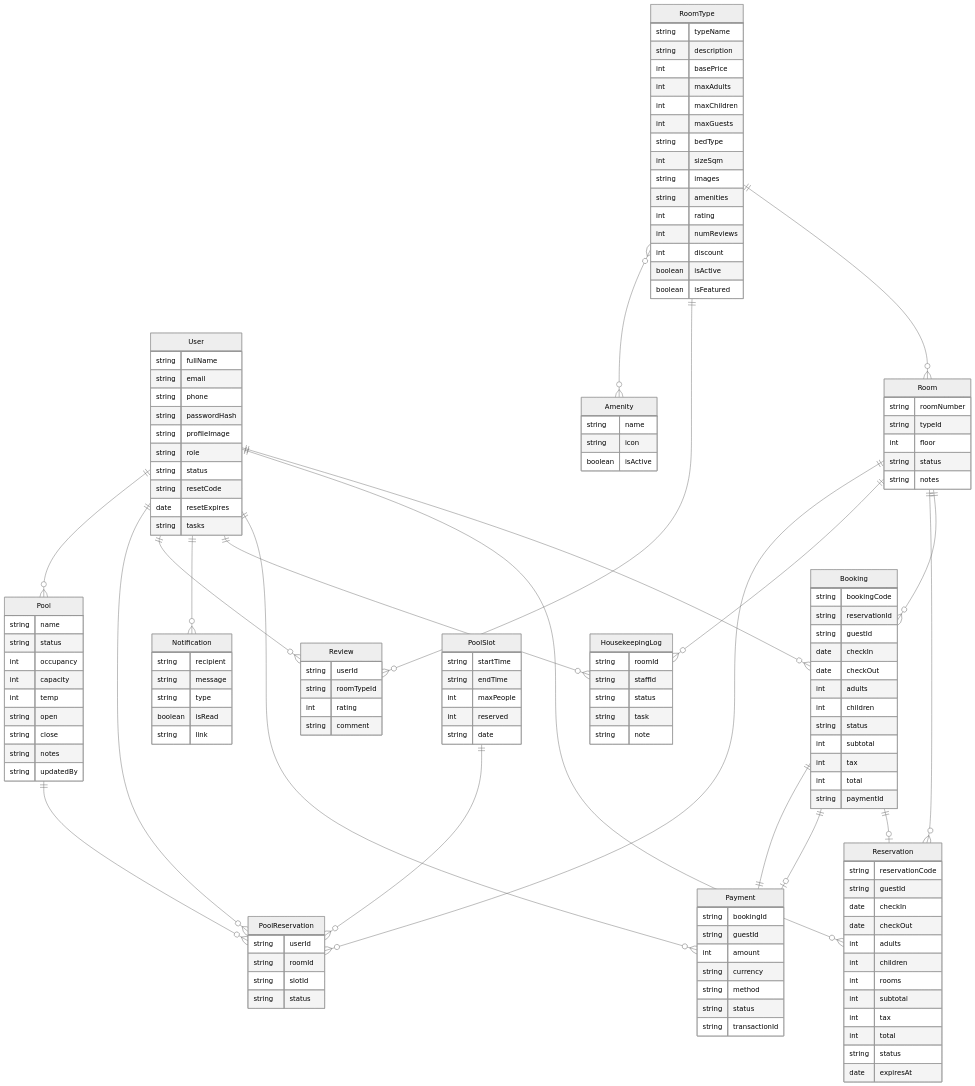
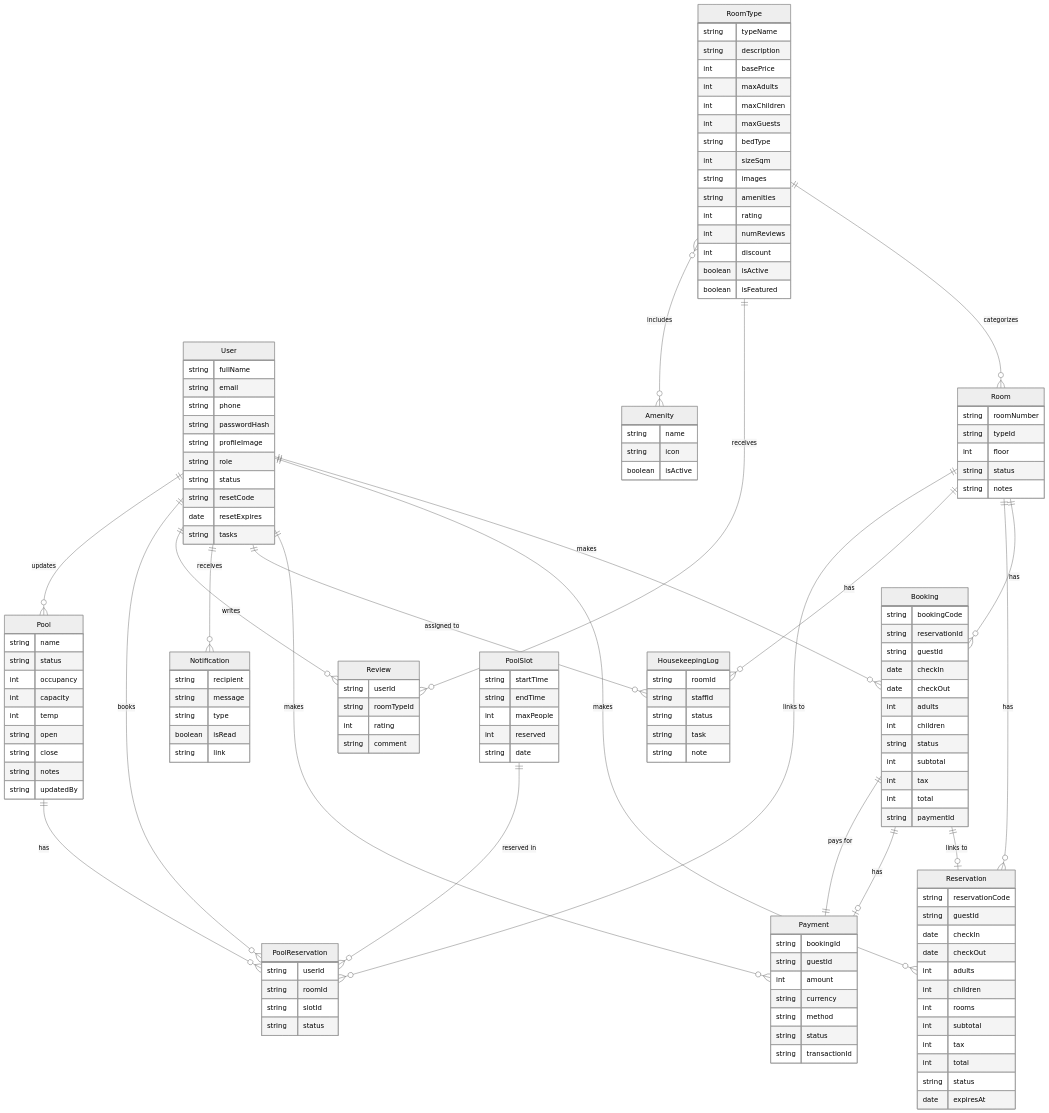
One commit to yumi-2003/Hotel-Management-system changed the diagram in ERD_Code.mermaid. Above: the diagram before and after it, drawn with Mermaid (neutral theme). The commit also changed 1 other file, not shown here.

Commit message:
Update ERD files

```diff
--- a/ERD_Code.mermaid
+++ b/ERD_Code.mermaid
@@ -1,160 +1,160 @@
 erDiagram
-    User ||--o{ Booking : ""
-    User ||--o{ Reservation : ""
-    User ||--o{ Payment : ""
-    User ||--o{ HousekeepingLog : ""
-    User ||--o{ Notification : ""
-    User ||--o{ Review : ""
-    User ||--o{ PoolReservation : ""
-    User ||--o{ Pool : ""
+    User ||--o{ Booking : "makes"
+    User ||--o{ Reservation : "makes"
+    User ||--o{ Payment : "makes"
+    User ||--o{ HousekeepingLog : "assigned to"
+    User ||--o{ Notification : "receives"
+    User ||--o{ Review : "writes"
+    User ||--o{ PoolReservation : "books"
+    User ||--o{ Pool : "updates"
 
-    RoomType ||--o{ Room : ""
-    RoomType ||--o{ Review : ""
-    RoomType }o--o{ Amenity : ""
+    RoomType ||--o{ Room : "categorizes"
+    RoomType ||--o{ Review : "receives"
+    RoomType }o--o{ Amenity : "includes"
 
-    Room ||--o{ Booking : ""
-    Room ||--o{ Reservation : ""
-    Room ||--o{ HousekeepingLog : ""
-    Room ||--o{ PoolReservation : ""
+    Room ||--o{ Booking : "has"
+    Room ||--o{ Reservation : "has"
+    Room ||--o{ HousekeepingLog : "has"
+    Room ||--o{ PoolReservation : "links to"
 
-    Booking ||--o| Reservation : ""
-    Booking ||--o| Payment : ""
-    Payment ||--|| Booking : ""
+    Booking ||--o| Reservation : "links to"
+    Booking ||--o| Payment : "has"
+    Payment ||--|| Booking : "pays for"
 
-    Pool ||--o{ PoolReservation : ""
-    PoolSlot ||--o{ PoolReservation : ""
+    Pool ||--o{ PoolReservation : "has"
+    PoolSlot ||--o{ PoolReservation : "reserved in"
 
     User {
         string fullName
         string email
         string phone
         string passwordHash
         string profileImage
         string role
         string status
         string resetCode
         date resetExpires
         string tasks
     }
 
     RoomType {
         string typeName
         string description
         int basePrice
         int maxAdults
         int maxChildren
         int maxGuests
         string bedType
         int sizeSqm
         string images
         string amenities
         int rating
         int numReviews
         int discount
         boolean isActive
         boolean isFeatured
     }
 
     Room {
         string roomNumber
         string typeId
         int floor
         string status
         string notes
     }
 
     Amenity {
         string name
         string icon
         boolean isActive
     }
 
     Booking {
         string bookingCode
         string reservationId
         string guestId
         date checkIn
         date checkOut
         int adults
         int children
         string status
         int subtotal
         int tax
         int total
         string paymentId
     }
 
     Reservation {
         string reservationCode
         string guestId
         date checkIn
         date checkOut
         int adults
         int children
         int rooms
         int subtotal
         int tax
         int total
         string status
         date expiresAt
     }
 
     Payment {
         string bookingId
         string guestId
         int amount
         string currency
         string method
         string status
         string transactionId
     }
 
     HousekeepingLog {
         string roomId
         string staffId
         string status
         string task
         string note
     }
 
     Notification {
         string recipient
         string message
         string type
         boolean isRead
         string link
     }
 
     Review {
         string userId
         string roomTypeId
         int rating
         string comment
     }
 
     Pool {
         string name
         string status
         int occupancy
         int capacity
         int temp
         string open
         string close
         string notes
         string updatedBy
     }
 
     PoolSlot {
         string startTime
         string endTime
         int maxPeople
         int reserved
         string date
     }
 
     PoolReservation {
         string userId
         string roomId
         string slotId
         string status
     }
```
